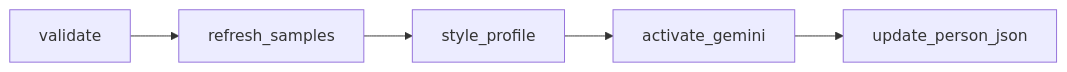
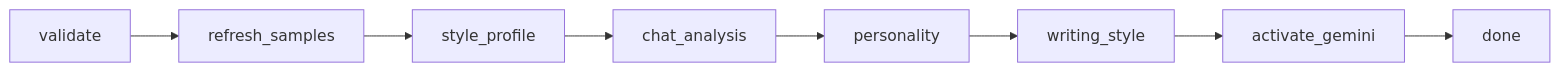
The diagram in docs/langgraph/persona-train.md (GreatNerve/ChatMemory), drawn with Mermaid before and after one commit. The commit also changed other lines of this file and 10 other files, not shown here.

````diff
--- a/docs/langgraph/persona-train.md
+++ b/docs/langgraph/persona-train.md
@@ -25,7 +27,10 @@
 ```mermaid
 flowchart LR
     A[validate] --> B[refresh_samples]
     B --> C[style_profile]
-    C --> D[activate_gemini]
-    D --> E[update_person_json]
+    C --> D[chat_analysis]
+    D --> E[personality]
+    E --> F[writing_style]
+    F --> G[activate_gemini]
+    G --> H[done]
 ```
````
